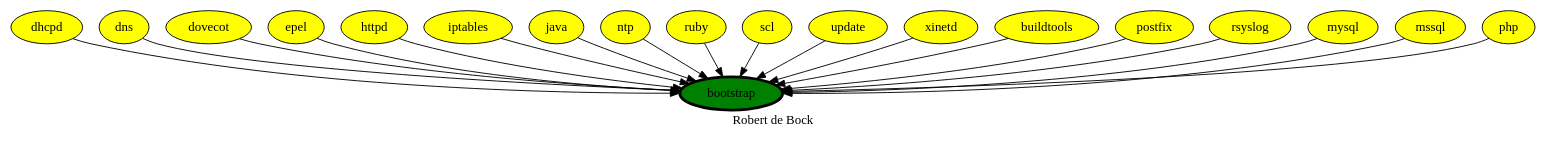
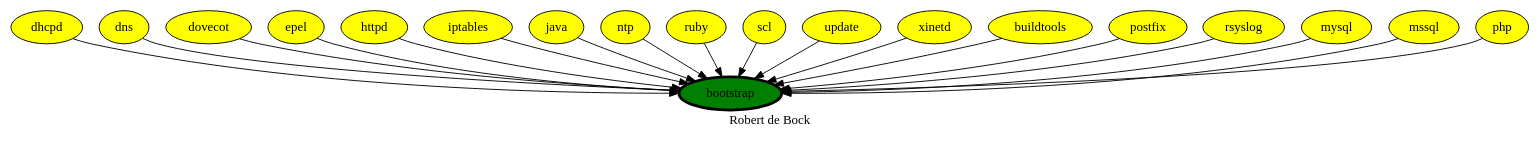
The diagram in bootstrap.dot (robertdebock/robertdebock.github.io), drawn with Graphviz before and after one commit.

Commit message:
Trying to reduce size.

```diff
--- a/bootstrap.dot
+++ b/bootstrap.dot
@@ -1,26 +1,27 @@
 digraph PhiloDilemma {
+  node [width=0.4];
   label = "Robert de Bock" ;
   overlap=false
   {
     bootstrap [fillcolor=green style=filled penwidth=3]
     dhcpd [fillcolor=yellow style=filled]
     dns [fillcolor=yellow style=filled]
     dovecot [fillcolor=yellow style=filled]
     epel [fillcolor=yellow style=filled]    
     httpd [fillcolor=yellow style=filled]
     iptables [fillcolor=yellow style=filled]
     java [fillcolor=yellow style=filled]
     ntp [fillcolor=yellow style=filled]
     ruby [fillcolor=yellow style=filled]
     scl [fillcolor=yellow style=filled]
     update [fillcolor=yellow style=filled]
     xinetd [fillcolor=yellow style=filled]
     buildtools [fillcolor=yellow style=filled]
     postfix [fillcolor=yellow style=filled]
     rsyslog [fillcolor=yellow style=filled]
     mysql [fillcolor=yellow style=filled]
     mssql [fillcolor=yellow style=filled]
     php [fillcolor=yellow style=filled]
   }
   {buildtools dhcpd dns dovecot epel httpd iptables java mysql mssql ntp php postfix rsyslog ruby scl update xinetd} -> bootstrap
 }
```
